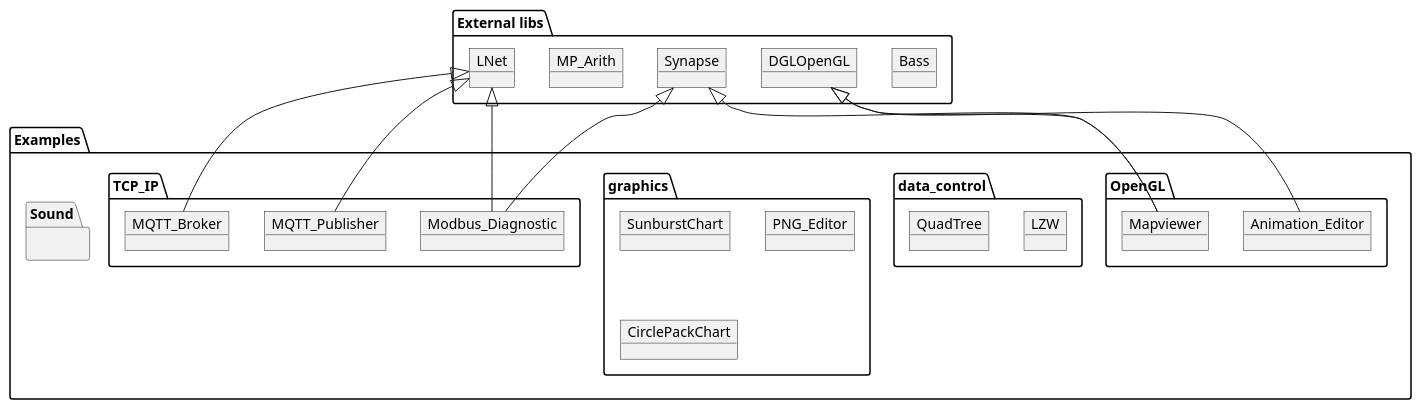
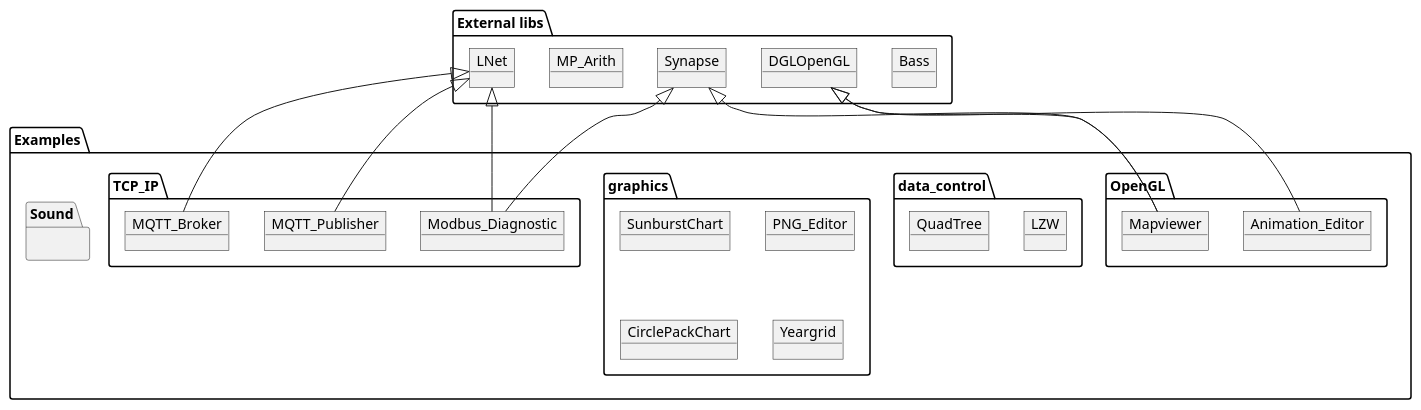
Before and after one commit to PascalCorpsman/Examples: the diagram in overview.plantuml, drawn with PlantUML. The commit also changed 2 other files, not shown here.

```diff
--- a/overview.plantuml
+++ b/overview.plantuml
@@ -2,44 +2,45 @@
 @startuml
 
 package "Examples" {
   package "OpenGL" {
    object Mapviewer
    object Animation_Editor
   }
   package "data_control" {
     object LZW
     object QuadTree
   }
   package "graphics" {
    object SunburstChart
    object PNG_Editor
    object CirclePackChart
+   object Yeargrid
   }
   package "TCP_IP" {
    object MQTT_Broker
    object MQTT_Publisher
    object Modbus_Diagnostic
   }
   package "Sound" {
    
   }
 }
 
 package "External libs" 
 {
   object Bass
   object DGLOpenGL
   object LNet 
   object MP_Arith
   object Synapse
 
   Synapse <|-- Mapviewer 
   DGLOpenGL <|-- Mapviewer 
   DGLOpenGL <|-- Animation_Editor 
   Synapse <|-- Modbus_Diagnostic
   LNet <|-- Modbus_Diagnostic
   LNet <|-- MQTT_Publisher
   LNet <|-- MQTT_Broker
 }
 
 @enduml
```
